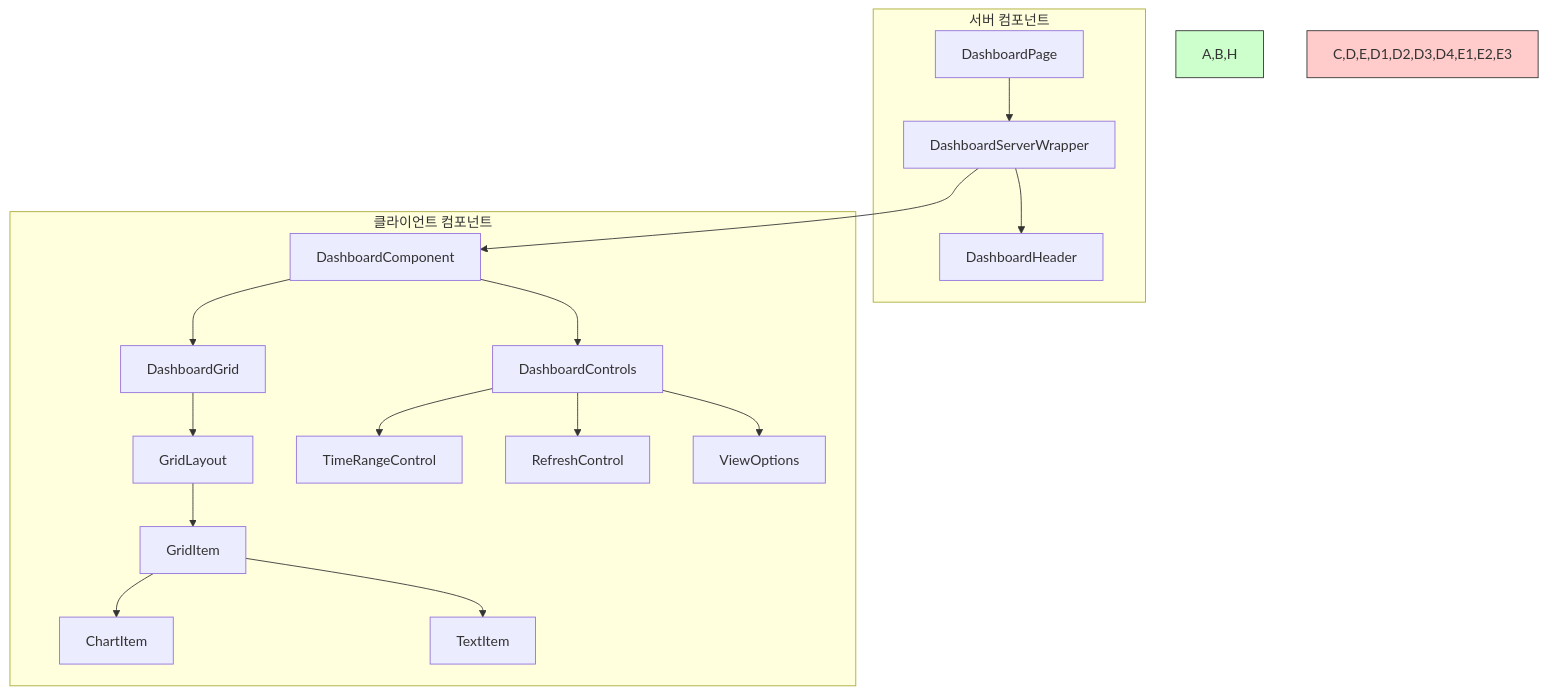
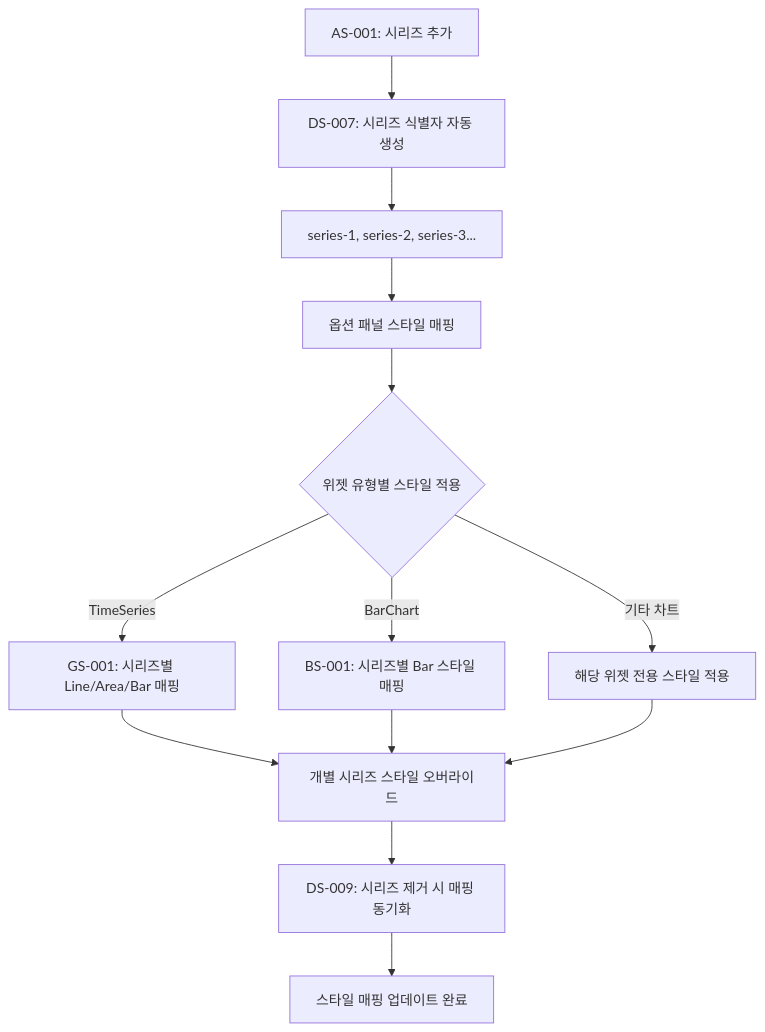
Before and after one commit to Seungwoo321/etorch-docs: the sixth of 19 diagrams in ui-design/user-flows.md, drawn with Mermaid. The commit also changed other lines of this file, not shown here.

Commit message:
docs: 사용자 프름 문서 업데이트

````diff
--- a/ui-design/user-flows.md
+++ b/ui-design/user-flows.md
@@ -202,25 +291,17 @@
 ```mermaid
 flowchart TD
-    subgraph "서버 컴포넌트"
-        A[DashboardPage] --> B[DashboardServerWrapper]
-        B --> H[DashboardHeader]
-    end
+    A[AS-001: 시리즈 추가] --> B[DS-007: 시리즈 식별자 자동 생성]
+    B --> C[series-1, series-2, series-3...]
+    C --> D[옵션 패널 스타일 매핑]
+    D --> E{위젯 유형별 스타일 적용}
+    E -->|TimeSeries| F[GS-001: 시리즈별 Line/Area/Bar 매핑]
+    E -->|BarChart| G[BS-001: 시리즈별 Bar 스타일 매핑]
+    E -->|기타 차트| H[해당 위젯 전용 스타일 적용]
     
-    subgraph "클라이언트 컴포넌트"
-        B --> C[DashboardComponent]
-        C --> D[DashboardGrid]
-        C --> E[DashboardControls]
-        
-        D --> D1[GridLayout]
-        D1 --> D2[GridItem]
-        D2 --> D3[ChartItem]
-        D2 --> D4[TextItem]
-        
-        E --> E1[TimeRangeControl]
-        E --> E2[RefreshControl]
-        E --> E3[ViewOptions]
-    end
+    F --> I[개별 시리즈 스타일 오버라이드]
+    G --> I
+    H --> I
     
-    style A,B,H fill:#ccffcc,stroke:#333,stroke-width:1px
-    style C,D,E,D1,D2,D3,D4,E1,E2,E3 fill:#ffcccb,stroke:#333,stroke-width:1px
+    I --> J[DS-009: 시리즈 제거 시 매핑 동기화]
+    J --> K[스타일 매핑 업데이트 완료]
 ```
````
